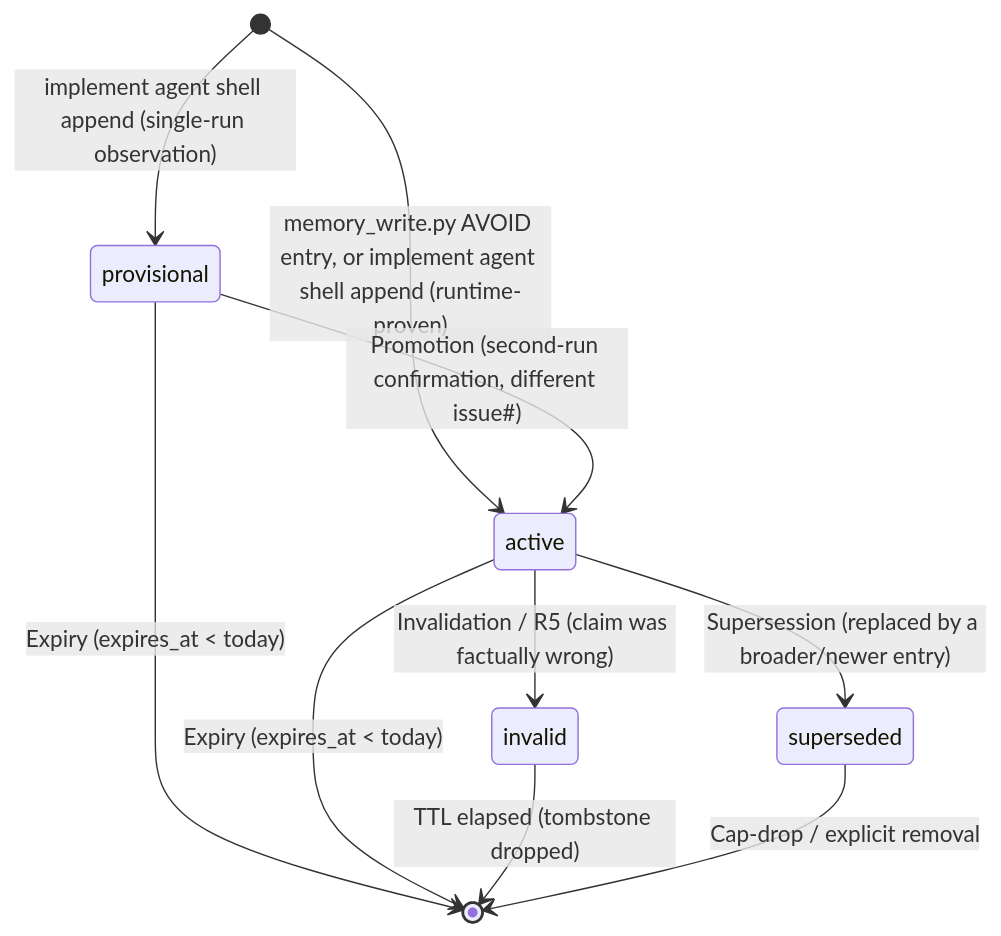
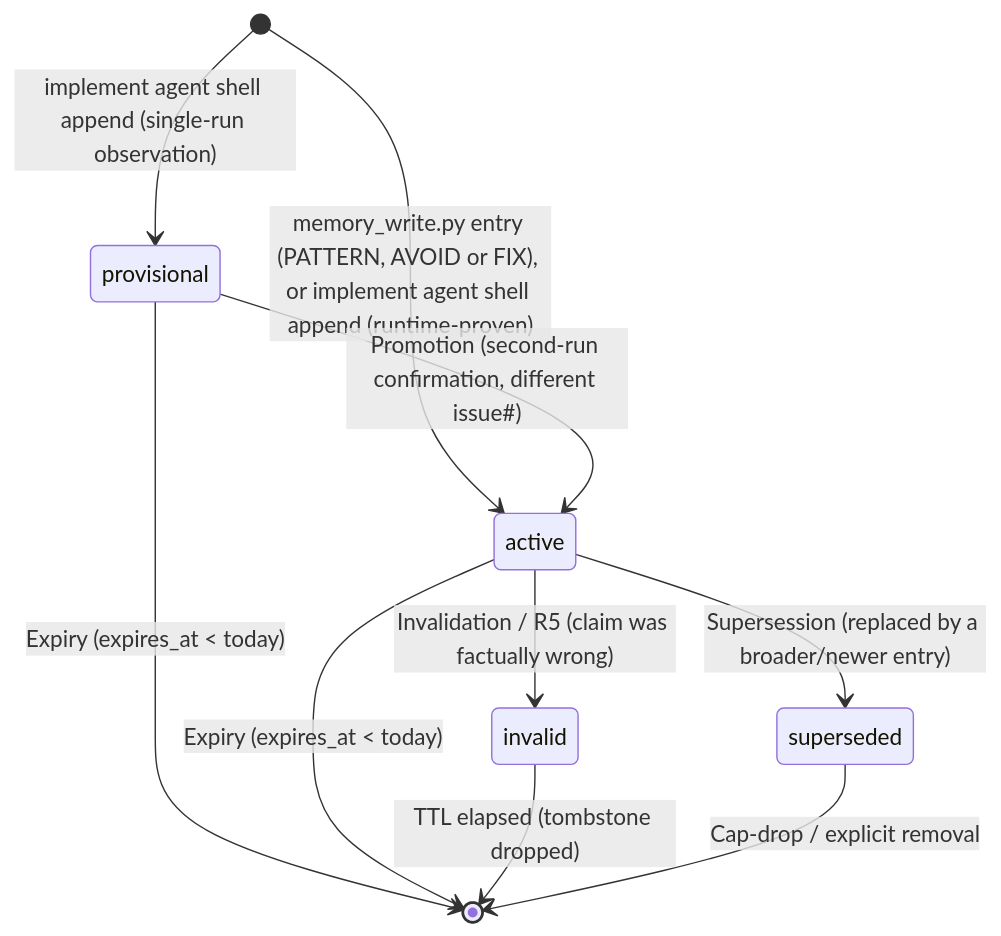
The diagram in docs/dark-factory-memory-contract.md (omniscient/dark-factory), drawn with Mermaid before and after one commit. The commit also changed other lines of this file and 1 other file, not shown here.

Commit message:
docs(#38): memory contract/v2 describe memory_write.py --kind

````diff
--- a/docs/dark-factory-memory-contract.md
+++ b/docs/dark-factory-memory-contract.md
@@ -67,12 +67,12 @@
 ```mermaid
 stateDiagram-v2
     [*] --> provisional : implement agent shell append (single-run observation)
-    [*] --> active : memory_write.py AVOID entry, or implement agent shell append (runtime-proven)
+    [*] --> active : memory_write.py entry (PATTERN, AVOID or FIX), or implement agent shell append (runtime-proven)
     provisional --> active : Promotion (second-run confirmation, different issue#)
     provisional --> [*] : Expiry (expires_at < today)
     active --> [*] : Expiry (expires_at < today)
     active --> invalid : Invalidation / R5 (claim was factually wrong)
     active --> superseded : Supersession (replaced by a broader/newer entry)
     invalid --> [*] : TTL elapsed (tombstone dropped)
     superseded --> [*] : Cap-drop / explicit removal
 ```
````
